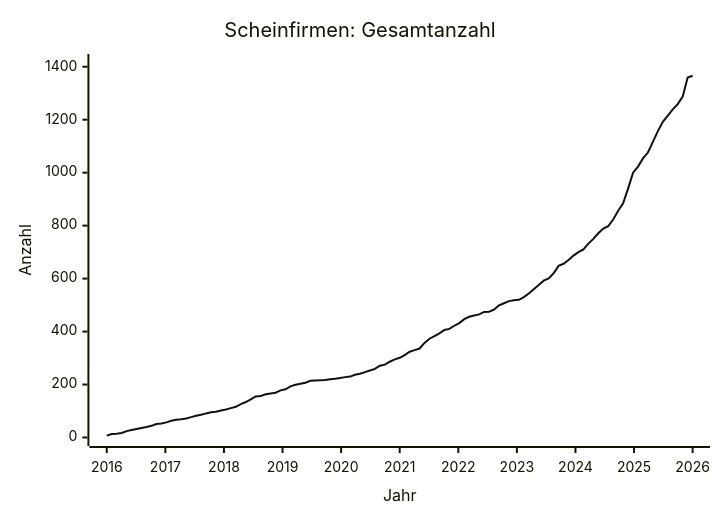
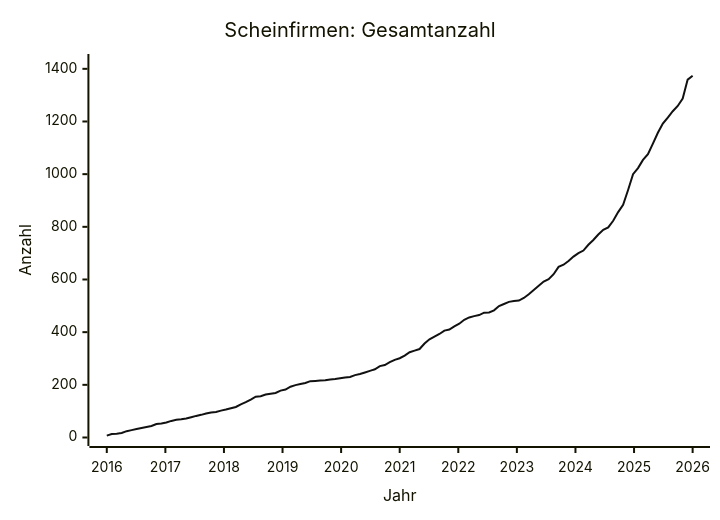
The diagram in data/STATS.md (arjoma/scheinfirmen-at), drawn with Mermaid before and after one commit. The commit also changed other lines of this file and 3 other files, not shown here.

````diff
--- a/data/STATS.md
+++ b/data/STATS.md
@@ -9,13 +9,13 @@
 ```mermaid
 ---
 config:
   themeVariables:
     xyChart:
       plotColorPalette: "#111111"
 ---
 xychart-beta
     title "Scheinfirmen: Gesamtanzahl"
     x-axis "Jahr" 2016 --> 2026
-    y-axis "Anzahl" 0 --> 1416
-    line [7, 13, 14, 17, 24, 28, 32, 36, 40, 44, 51, 53, 57, 63, 67, 69, 72, 77, 82, 86, 91, 95, 97, 102, 106, 111, 116, 126, 134, 144, 155, 157, 163, 166, 169, 178, 182, 193, 199, 203, 207, 214, 215, 216, 217, 220, 222, 225, 228, 230, 237, 241, 247, 253, 259, 271, 275, 286, 295, 301, 311, 324, 330, 336, 357, 373, 383, 393, 406, 410, 422, 432, 447, 456, 461, 465, 474, 475, 483, 499, 507, 515, 518, 520, 530, 544, 560, 576, 592, 601, 620, 648, 656, 670, 687, 700, 710, 732, 750, 771, 789, 798, 823, 856, 884, 940, 1000, 1023, 1054, 1076, 1116, 1157, 1192, 1215, 1239, 1259, 1287, 1359, 1366]
+    y-axis "Anzahl" 0 --> 1424
+    line [7, 13, 14, 17, 24, 28, 32, 36, 40, 44, 51, 53, 57, 63, 67, 69, 72, 77, 82, 86, 91, 95, 97, 102, 106, 111, 116, 126, 134, 144, 155, 157, 163, 166, 169, 178, 182, 193, 199, 203, 207, 214, 215, 216, 217, 220, 222, 225, 228, 230, 237, 241, 247, 253, 259, 271, 275, 286, 295, 301, 311, 324, 330, 336, 357, 373, 383, 393, 406, 410, 422, 432, 447, 456, 461, 465, 474, 475, 483, 499, 507, 515, 518, 520, 530, 544, 560, 576, 592, 601, 620, 648, 656, 670, 687, 700, 710, 732, 750, 771, 789, 798, 823, 856, 884, 940, 1000, 1023, 1054, 1076, 1116, 1157, 1192, 1215, 1239, 1259, 1287, 1359, 1374]
 ```
````
